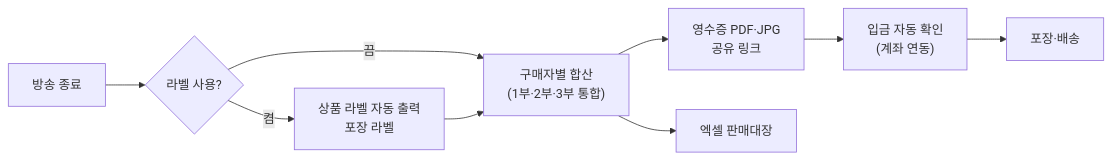
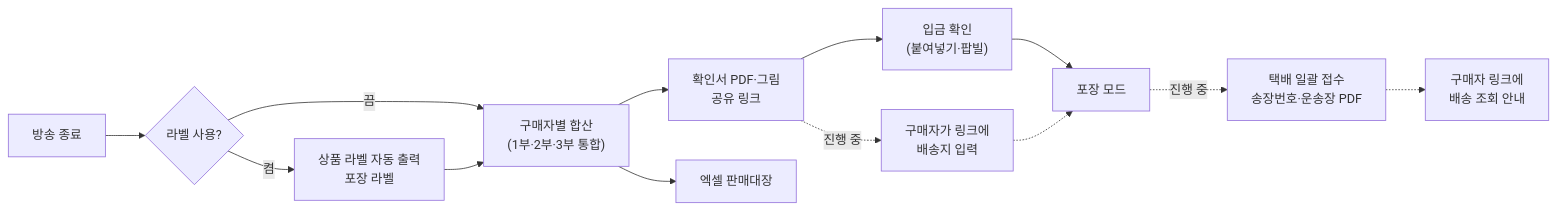
The fourth of 11 diagrams in docs/PLANNING.md (rlaehddus302/linve-genie), drawn with Mermaid before and after one commit. The commit also changed other lines of this file and 3 other files, not shown here.

````diff
--- a/docs/PLANNING.md
+++ b/docs/PLANNING.md
@@ -190,11 +229,15 @@
 ```mermaid
 flowchart LR
     S["방송 종료"] --> T{"라벨 사용?"}
     T -- "켬" --> L["상품 라벨 자동 출력<br/>포장 라벨"]
     T -- "끔" --> R
     L --> R["구매자별 합산<br/>(1부·2부·3부 통합)"]
-    R --> P["영수증 PDF·JPG<br/>공유 링크"]
+    R --> P["확인서 PDF·그림<br/>공유 링크"]
     R --> X["엑셀 판매대장"]
-    P --> D["입금 자동 확인<br/>(계좌 연동)"]
-    D --> K["포장·배송"]
+    P --> D["입금 확인<br/>(붙여넣기·팝빌)"]
+    D --> K["포장 모드"]
+    P -.->|"진행 중"| A["구매자가 링크에<br/>배송지 입력"]
+    A -.-> K
+    K -.->|"진행 중"| H["택배 일괄 접수<br/>송장번호·운송장 PDF"]
+    H -.-> Q["구매자 링크에<br/>배송 조회 안내"]
 ```
````
